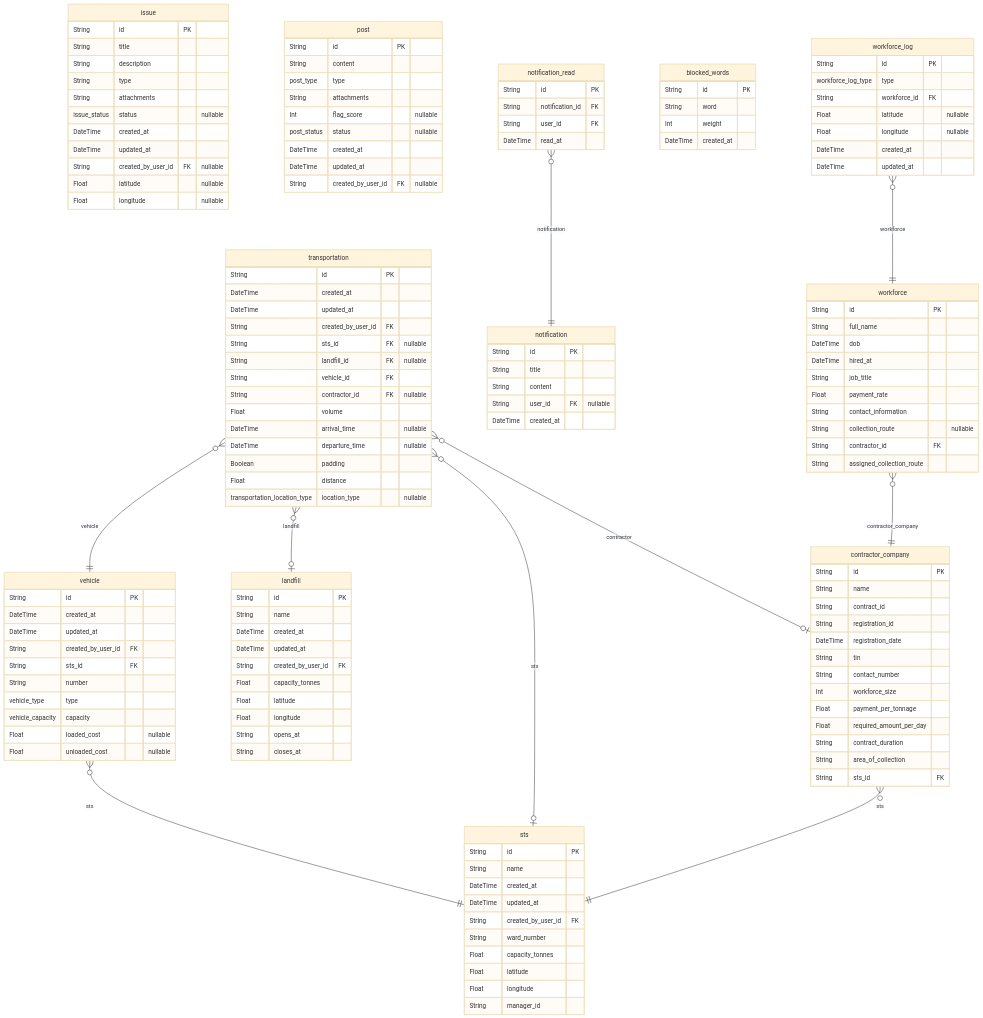
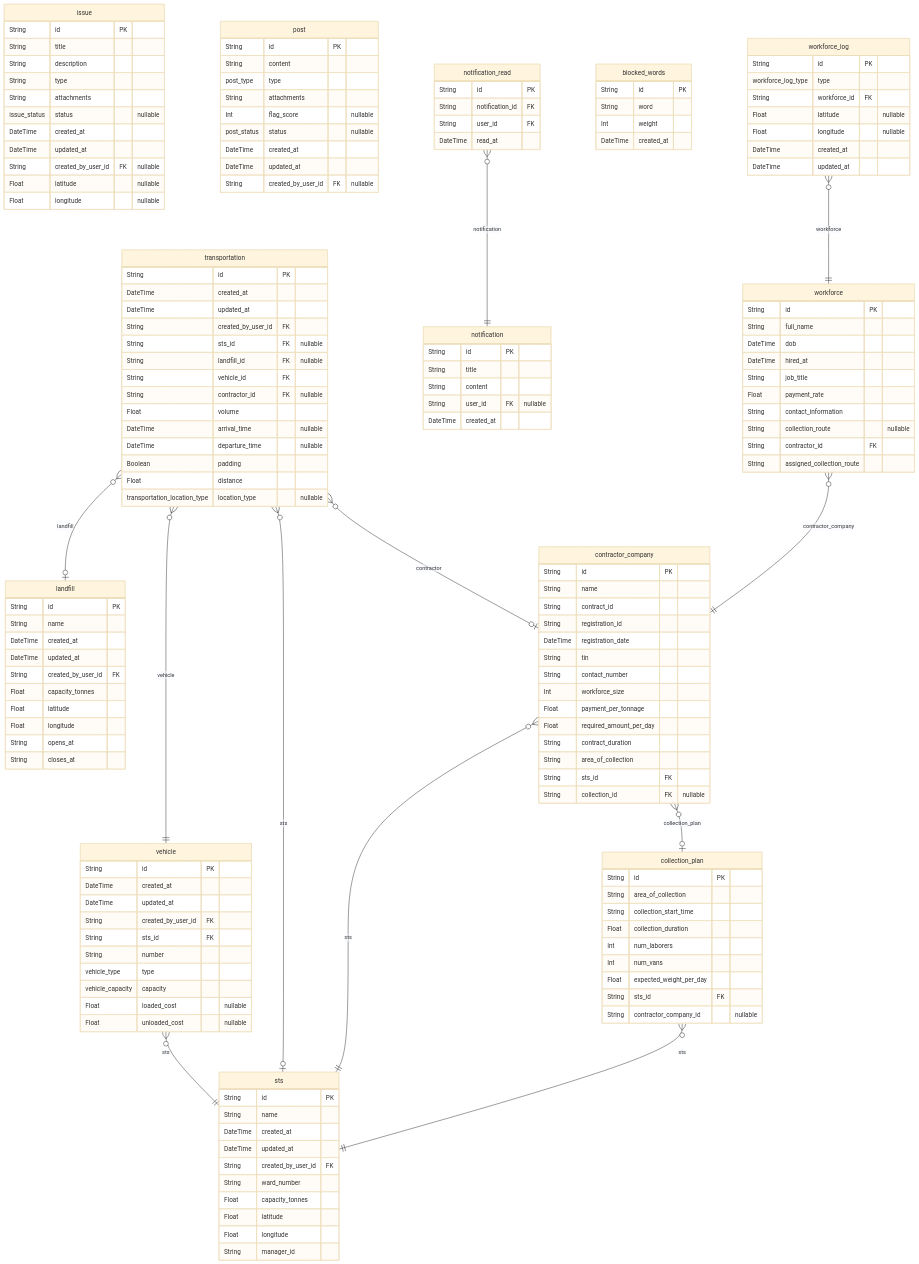
The third of 3 diagrams in packages/db/README.md (nurulhudaapon/codesamurai-final), drawn with Mermaid (base theme) before and after one commit. The commit also changed other lines of this file and 6 other files, not shown here.

````diff
--- a/packages/db/README.md
+++ b/packages/db/README.md
@@ -224,6 +224,7 @@
   String contract_duration
   String area_of_collection
   String sts_id FK
+  String collection_id FK "nullable"
 }
 "workforce_log" {
   String id PK
@@ -246,6 +247,17 @@
   String contractor_id FK
   String assigned_collection_route
 }
+"collection_plan" {
+  String id PK
+  String area_of_collection
+  String collection_start_time
+  Float collection_duration
+  Int num_laborers
+  Int num_vans
+  Float expected_weight_per_day
+  String sts_id FK
+  String contractor_company_id "nullable"
+}
 "vehicle" }o--|| "sts" : sts
 "transportation" }o--o| "sts" : sts
 "transportation" }o--o| "landfill" : landfill
@@ -253,6 +265,8 @@
 "transportation" }o--o| "contractor_company" : contractor
 "notification_read" }o--|| "notification" : notification
 "contractor_company" }o--|| "sts" : sts
+"contractor_company" }o--o| "collection_plan" : collection_plan
 "workforce_log" }o--|| "workforce" : workforce
 "workforce" }o--|| "contractor_company" : contractor_company
+"collection_plan" }o--|| "sts" : sts
 ```
````
